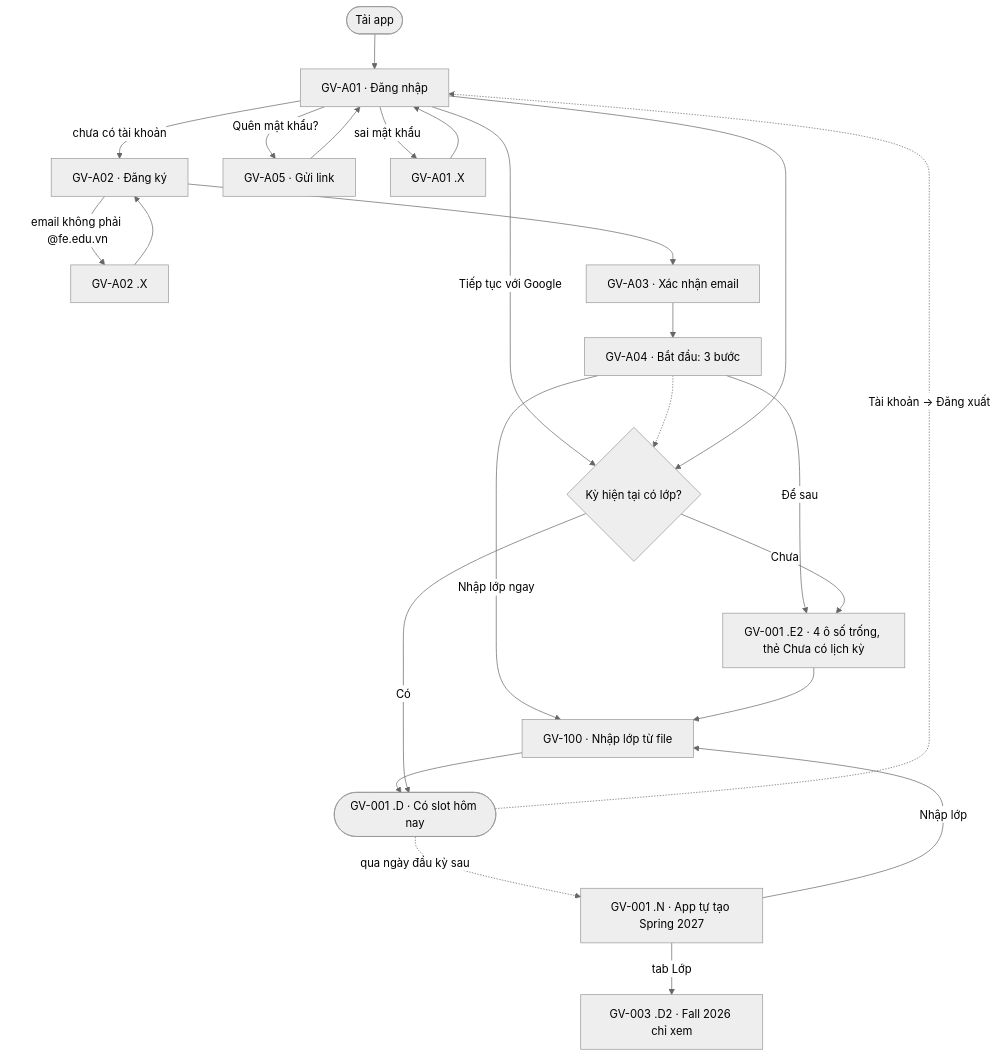
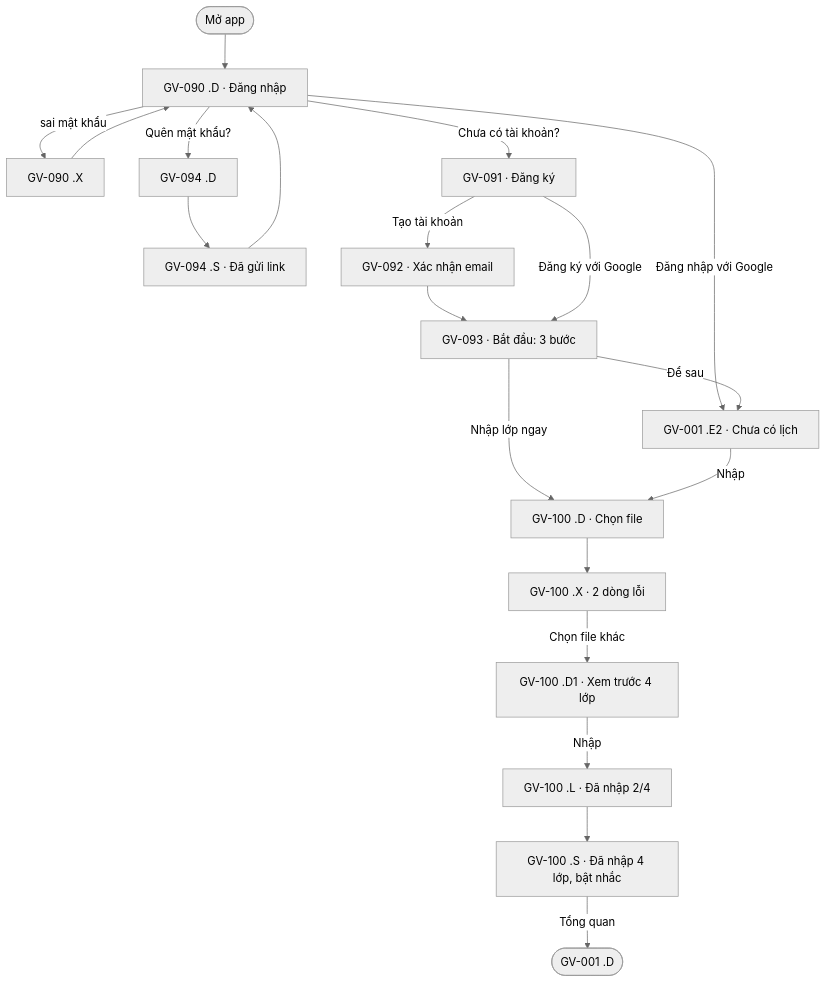
The second of 7 diagrams in ux/user-flow.md (thiengthb/prm323-lab2-SE190533), drawn with Mermaid (neutral theme) before and after one commit. The commit also changed other lines of this file and 4 other files, not shown here.

Commit message:
Tài liệu Lab 2 khớp Final UI: user-flow v1.0, screen-spec v2.0, handoff v2.0, DESIGN v3.1

````diff
--- a/ux/user-flow.md
+++ b/ux/user-flow.md
@@ -92,23 +116,17 @@
 ```mermaid
 flowchart TD
-    A(["Tải app"]) --> B["GV-A01 · Đăng nhập"]
-    B -->|"chưa có tài khoản"| C["GV-A02 · Đăng ký"]
-    C -->|"email không phải @fe.edu.vn"| CX["GV-A02 .X"] --> C
-    C --> D["GV-A03 · Xác nhận email"]
-    D --> D4["GV-A04 · Bắt đầu: 3 bước"]
-    D4 -->|"Nhập lớp ngay"| G
-    D4 -->|"Để sau"| F
-    B -->|"Tiếp tục với Google"| E
-    B -->|"Quên mật khẩu?"| R["GV-A05 · Gửi link"] --> B
-    B -->|"sai mật khẩu"| BX["GV-A01 .X"] --> B
-    D4 -.-> E{"Kỳ hiện tại có lớp?"}
-    B --> E
-    E -->|"Chưa"| F["GV-001 .E2 · 4 ô số trống, thẻ Chưa có lịch kỳ"]
-    F --> G["GV-100 · Nhập lớp từ file"]
-    G --> H(["GV-001 .D · Có slot hôm nay"])
-    E -->|"Có"| H
-    H -.->|"qua ngày đầu kỳ sau"| N["GV-001 .N · App tự tạo Spring 2027"]
-    N -->|"Nhập lớp"| G
-    N -->|"tab Lớp"| O["GV-003 .D2 · Fall 2026 chỉ xem"]
-    H -.->|"Tài khoản → Đăng xuất"| B
+    A(["Mở app"]) --> B["GV-090 .D · Đăng nhập"]
+    B -->|"sai mật khẩu"| BX["GV-090 .X"] --> B
+    B -->|"Quên mật khẩu?"| R["GV-094 .D"] --> RS["GV-094 .S · Đã gửi link"] --> B
+    B -->|"Chưa có tài khoản?"| C["GV-091 · Đăng ký"]
+    C -->|"Tạo tài khoản"| D["GV-092 · Xác nhận email"] --> E["GV-093 · Bắt đầu: 3 bước"]
+    C -->|"Đăng ký với Google"| E
+    B -->|"Đăng nhập với Google"| F["GV-001 .E2 · Chưa có lịch"]
+    E -->|"Để sau"| F
+    E -->|"Nhập lớp ngay"| G["GV-100 .D · Chọn file"]
+    F -->|"Nhập"| G
+    G --> GX["GV-100 .X · 2 dòng lỗi"]
+    GX -->|"Chọn file khác"| G1["GV-100 .D1 · Xem trước 4 lớp"]
+    G1 -->|"Nhập"| GL["GV-100 .L · Đã nhập 2/4"] --> GS["GV-100 .S · Đã nhập 4 lớp, bật nhắc"]
+    GS -->|"Tổng quan"| H(["GV-001 .D"])
 ```
````
